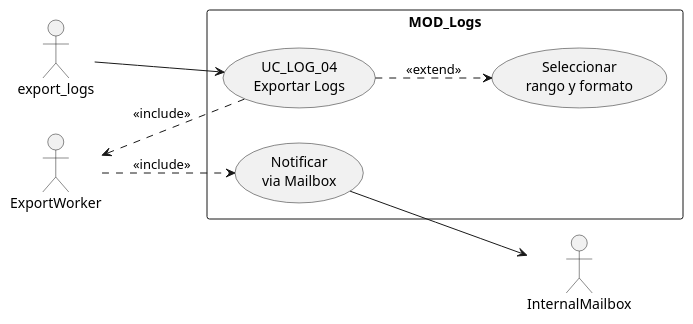
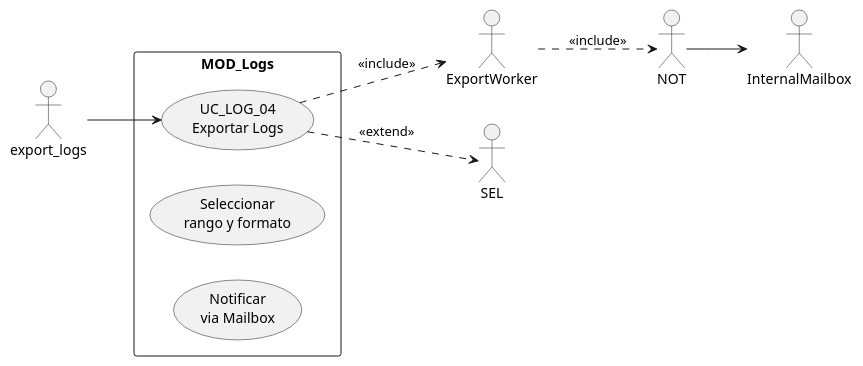
Before and after one commit to jcg-admin/IACT-docs: the diagram in source/requisitos/casos-uso/logs/uc-log-04/diagramas-uml/caso-de-uso.rst, drawn with PlantUML. The commit also changed 47 other files, not shown here.

First line of the commit message:
Fix cryptic PlantUML aliases in UC and architecture files (STD_011)

```diff
--- a/source/requisitos/casos-uso/logs/uc-log-04/diagramas-uml/caso-de-uso.rst
+++ b/source/requisitos/casos-uso/logs/uc-log-04/diagramas-uml/caso-de-uso.rst
@@ -4,18 +4,18 @@
 .. uml::
 
  @startuml
  left to right direction
  actor "export_logs" as export_logs
  actor "ExportWorker" as Exportworker
  actor "InternalMailbox" as Internalmailbox
  rectangle "MOD_Logs" {
    usecase "UC_LOG_04\nExportar Logs" as UC04
-   usecase "Seleccionar\nrango y formato" as SEL
-   usecase "Notificar\nvia Mailbox" as NOT
+   usecase "Seleccionar\nrango y formato" as VistaSeleccion
+   usecase "Notificar\nvia Mailbox" as NotificacionMailbox
  }
  export_logs --> UC04
  UC04 ..> SEL : <<extend>>
  UC04 ..> Exportworker : <<include>>
  Exportworker ..> NOT : <<include>>
  NOT --> Internalmailbox
  @enduml
```
